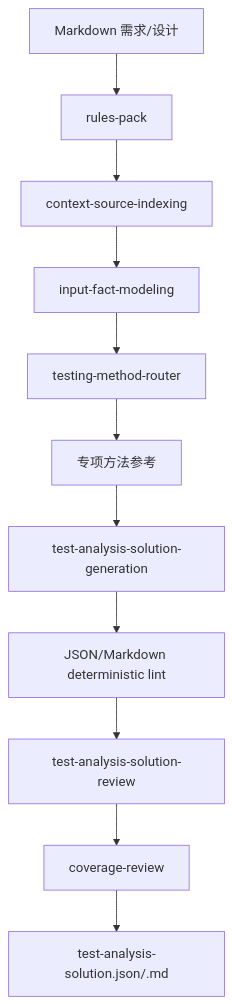
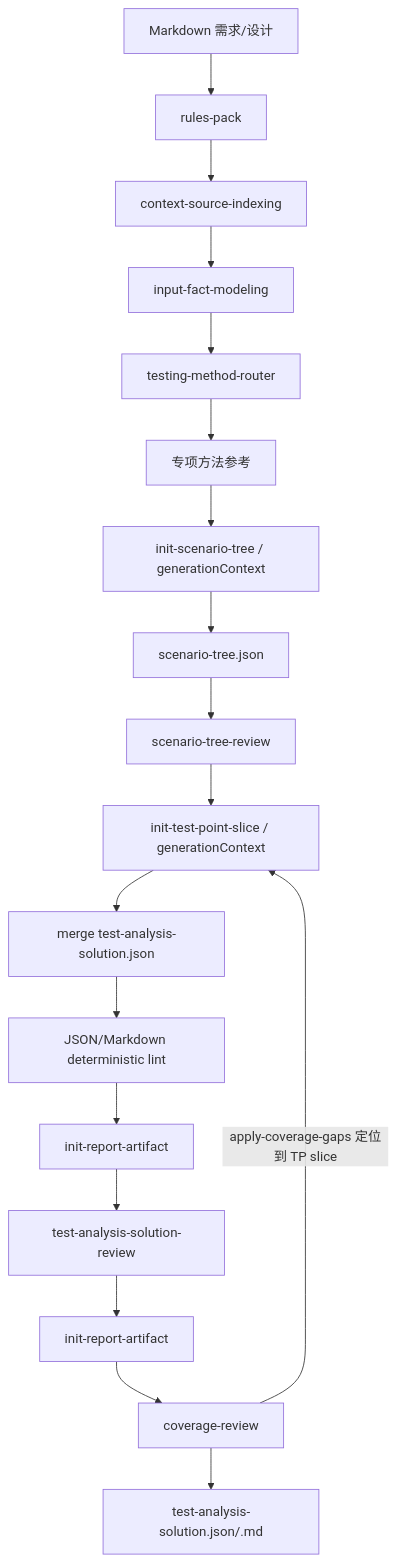
One commit to szluoqy-byte/Test-Analysis-Agent-MM changed the diagram in docs/test-analysis-agent-design.md. Above: the diagram before and after it, drawn with Mermaid. The commit also changed other lines of this file and 158 other files, not shown here.

````diff
--- a/docs/test-analysis-agent-design.md
+++ b/docs/test-analysis-agent-design.md
@@ -17,13 +17,20 @@
 ```mermaid
 flowchart TD
   input["Markdown 需求/设计"] --> rules["rules-pack"]
   rules --> context["context-source-indexing"]
   context --> facts["input-fact-modeling"]
   facts --> router["testing-method-router"]
   router --> methods["专项方法参考"]
-  methods --> generation["test-analysis-solution-generation"]
+  methods --> scenarioInit["init-scenario-tree / generationContext"]
+  scenarioInit --> scenario["scenario-tree.json"]
+  scenario --> scenarioReview["scenario-tree-review"]
+  scenarioReview --> slices["init-test-point-slice / generationContext"]
+  slices --> generation["merge test-analysis-solution.json"]
   generation --> lint["JSON/Markdown deterministic lint"]
-  lint --> review["test-analysis-solution-review"]
-  review --> coverage["coverage-review"]
+  lint --> reviewInit["init-report-artifact"]
+  reviewInit --> review["test-analysis-solution-review"]
+  review --> coverageInit["init-report-artifact"]
+  coverageInit --> coverage["coverage-review"]
+  coverage -->|apply-coverage-gaps 定位到 TP slice| slices
   coverage --> output["test-analysis-solution.json/.md"]
 ```
````
